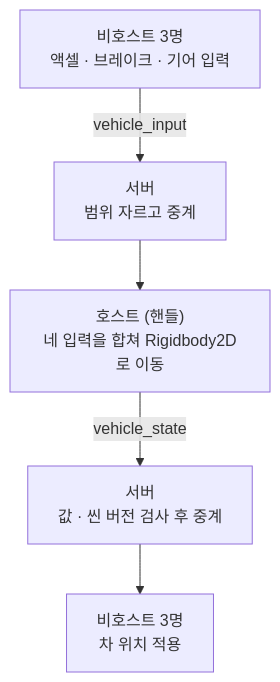
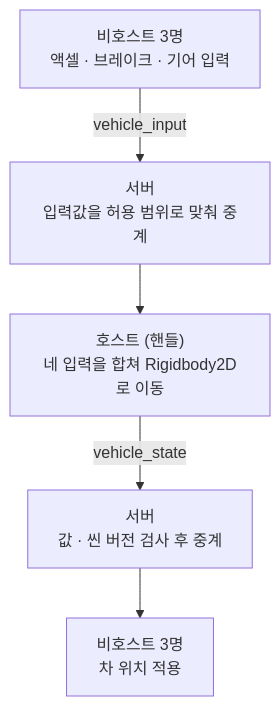
One commit to Lets-Gitit/portfolio changed the third of 5 diagrams in src/3-Thief/프로젝트문서.md. Above: the diagram before and after it, drawn with Mermaid. The commit also changed other lines of this file and 1 other file, not shown here.

````diff
--- a/src/3-Thief/프로젝트문서.md
+++ b/src/3-Thief/프로젝트문서.md
@@ -208,7 +210,7 @@
 ```mermaid
 flowchart TB
-    N["비호스트 3명<br/>액셀 · 브레이크 · 기어 입력"] -->|"vehicle_input"| S1["서버<br/>범위 자르고 중계"]
+    N["비호스트 3명<br/>액셀 · 브레이크 · 기어 입력"] -->|"vehicle_input"| S1["서버<br/>입력값을 허용 범위로 맞춰 중계"]
     S1 --> H["호스트 (핸들)<br/>네 입력을 합쳐 Rigidbody2D로 이동"]
     H -->|"vehicle_state"| S2["서버<br/>값 · 씬 버전 검사 후 중계"]
     S2 --> O["비호스트 3명<br/>차 위치 적용"]
 ```
````
